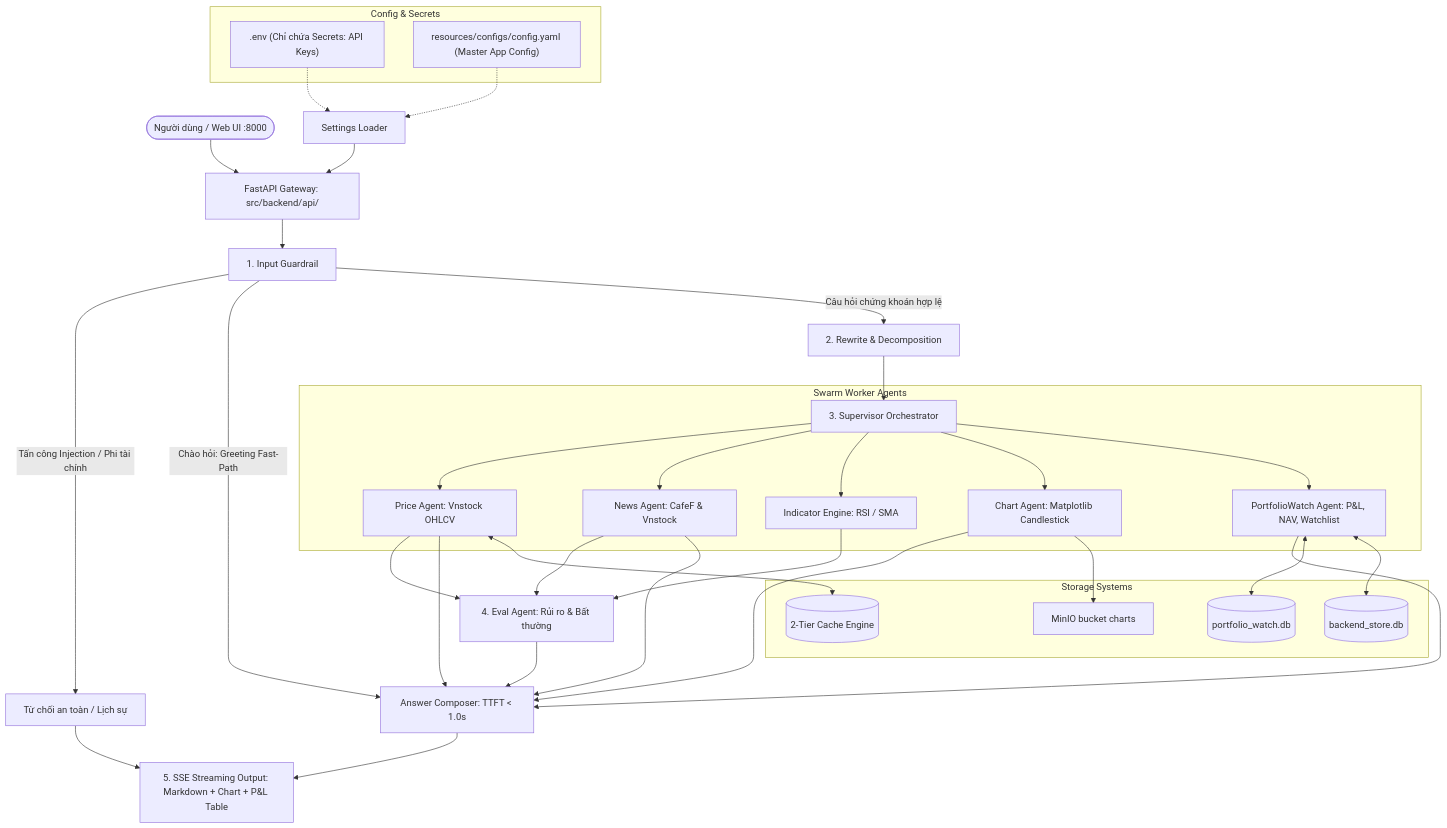
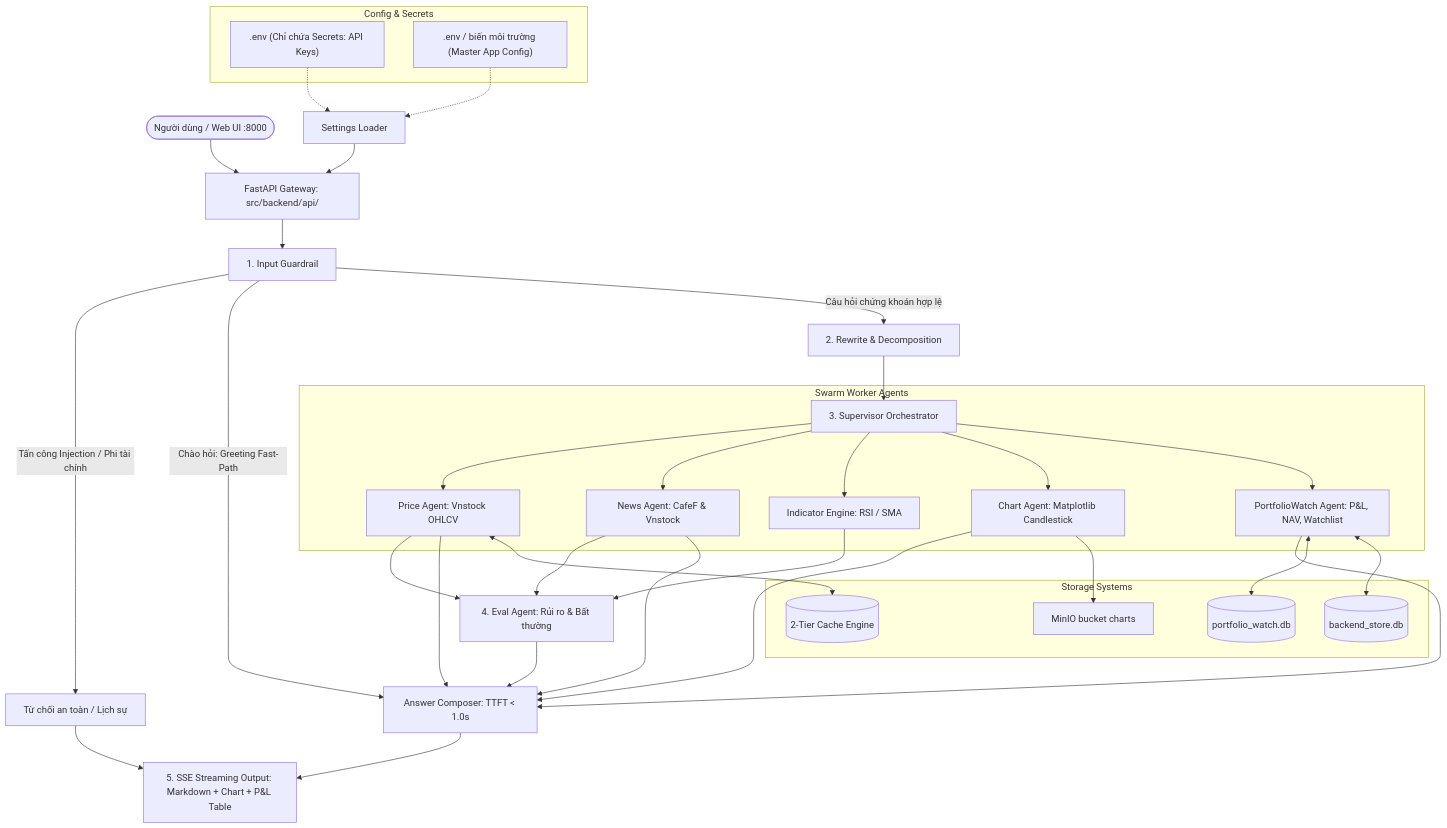
Before and after one commit to Anodis108/Agent_Stock: the diagram in README.md, drawn with Mermaid. The commit also changed other lines of this file and 130 other files, not shown here.

First line of the commit message:
refactor(agents): hierarchical chat/scan teams and unified swarm graph

````diff
--- a/README.md
+++ b/README.md
@@ -90,52 +90,52 @@
 ```mermaid
 graph TD
     User([Người dùng / Web UI :8000]) --> API[FastAPI Gateway: src/backend/api/]
     
     subgraph Config & Secrets
         Env[".env (Chỉ chứa Secrets: API Keys)"]
-        Yaml["resources/configs/config.yaml (Master App Config)"]
+        Yaml[".env / biến môi trường (Master App Config)"]
     end
     Env -.-> Settings[Settings Loader]
     Yaml -.-> Settings
     Settings --> API
 
     API --> Guardrail[1. Input Guardrail]
     Guardrail -->|Tấn công Injection / Phi tài chính| Refusal[Từ chối an toàn / Lịch sự]
     Guardrail -->|Chào hỏi: Greeting Fast-Path| Composer[Answer Composer: TTFT < 1.0s]
     Guardrail -->|Câu hỏi chứng khoán hợp lệ| Rewrite[2. Rewrite & Decomposition]
 
     Rewrite --> Supervisor[3. Supervisor Orchestrator]
     
     subgraph Swarm Worker Agents
         Supervisor --> PriceAgent[Price Agent: Vnstock OHLCV]
         Supervisor --> NewsAgent[News Agent: CafeF & Vnstock]
         Supervisor --> IndicatorEngine[Indicator Engine: RSI / SMA]
         Supervisor --> ChartAgent[Chart Agent: Matplotlib Candlestick]
         Supervisor --> PWAgent[PortfolioWatch Agent: P&L, NAV, Watchlist]
     end
 
     PriceAgent --> EvalAgent[4. Eval Agent: Rủi ro & Bất thường]
     NewsAgent --> EvalAgent
     IndicatorEngine --> EvalAgent
 
     PriceAgent --> Composer
     NewsAgent --> Composer
     EvalAgent --> Composer
     ChartAgent --> Composer
     PWAgent --> Composer
 
     subgraph Storage Systems
         DB1[(portfolio_watch.db)]
         DB2[(backend_store.db)]
         Cache1[(2-Tier Cache Engine)]
         ChartStore[MinIO bucket charts]
     end
 
     PWAgent <--> DB1
     PWAgent <--> DB2
     PriceAgent <--> Cache1
     ChartAgent --> ChartStore
 
     Composer --> SSEStream[5. SSE Streaming Output: Markdown + Chart + P&L Table]
     Refusal --> SSEStream
 ```
````
